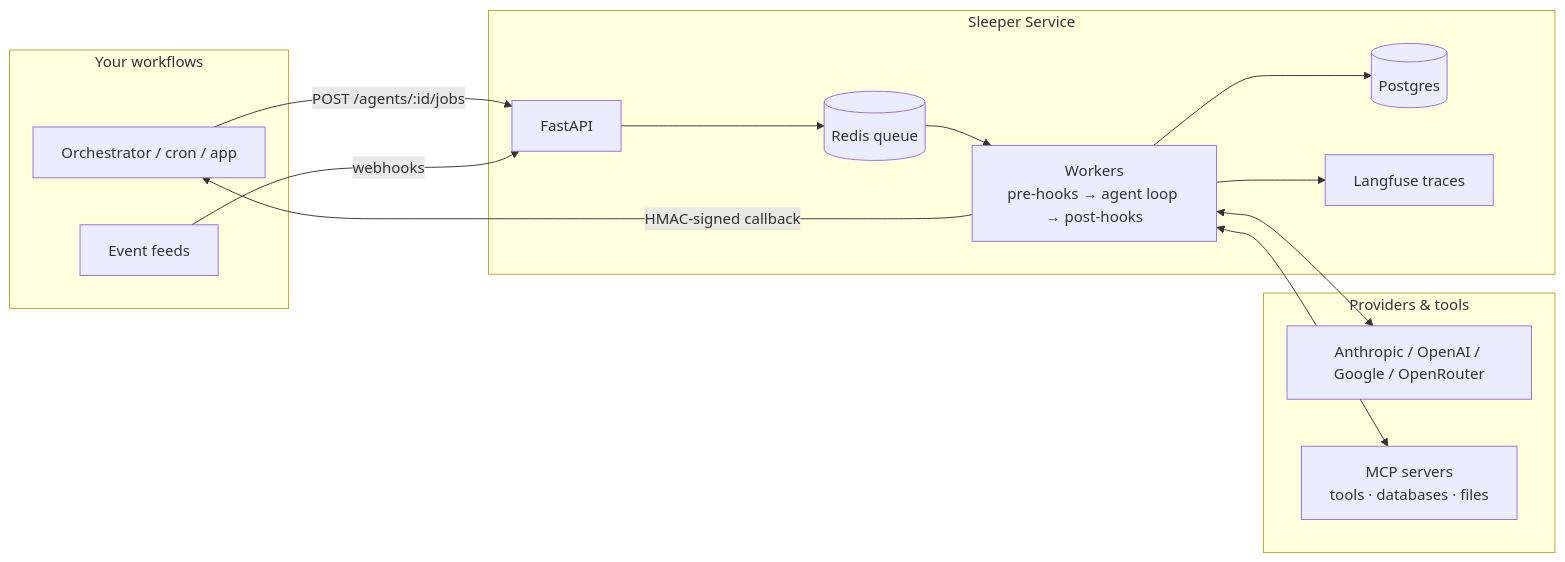
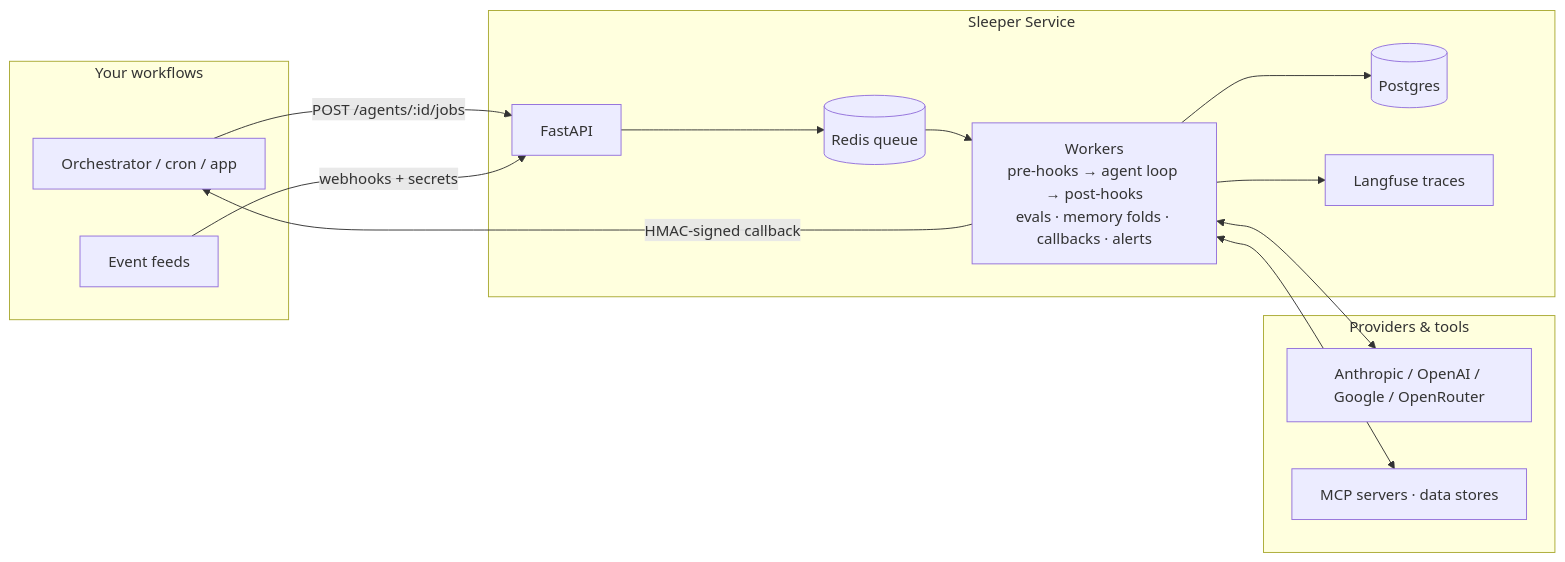
One commit to willjohnson/sleeper-service changed the diagram in README.md. Above: the diagram before and after it, drawn with Mermaid. The commit also changed other lines of this file, not shown here.

````diff
--- a/README.md
+++ b/README.md
@@ -33,26 +56,26 @@
 ```mermaid
 flowchart LR
   subgraph callers [Your workflows]
     O[Orchestrator / cron / app]
     E[Event feeds]
   end
   subgraph sleeper [Sleeper Service]
     API[FastAPI]
     Q[(Redis queue)]
-    W[Workers<br/>pre-hooks → agent loop → post-hooks]
+    W[Workers<br/>pre-hooks → agent loop → post-hooks<br/>evals · memory folds · callbacks · alerts]
     DB[(Postgres)]
     LF[Langfuse traces]
   end
   subgraph outside [Providers & tools]
     P[Anthropic / OpenAI / Google / OpenRouter]
-    M[MCP servers<br/>tools · databases · files]
+    M[MCP servers · data stores]
   end
   O -->|POST /agents/:id/jobs| API
-  E -->|webhooks| API
+  E -->|webhooks + secrets| API
   API --> Q --> W
   W <--> P
   W <--> M
   W --> DB
   W --> LF
   W -->|HMAC-signed callback| O
 ```
````
